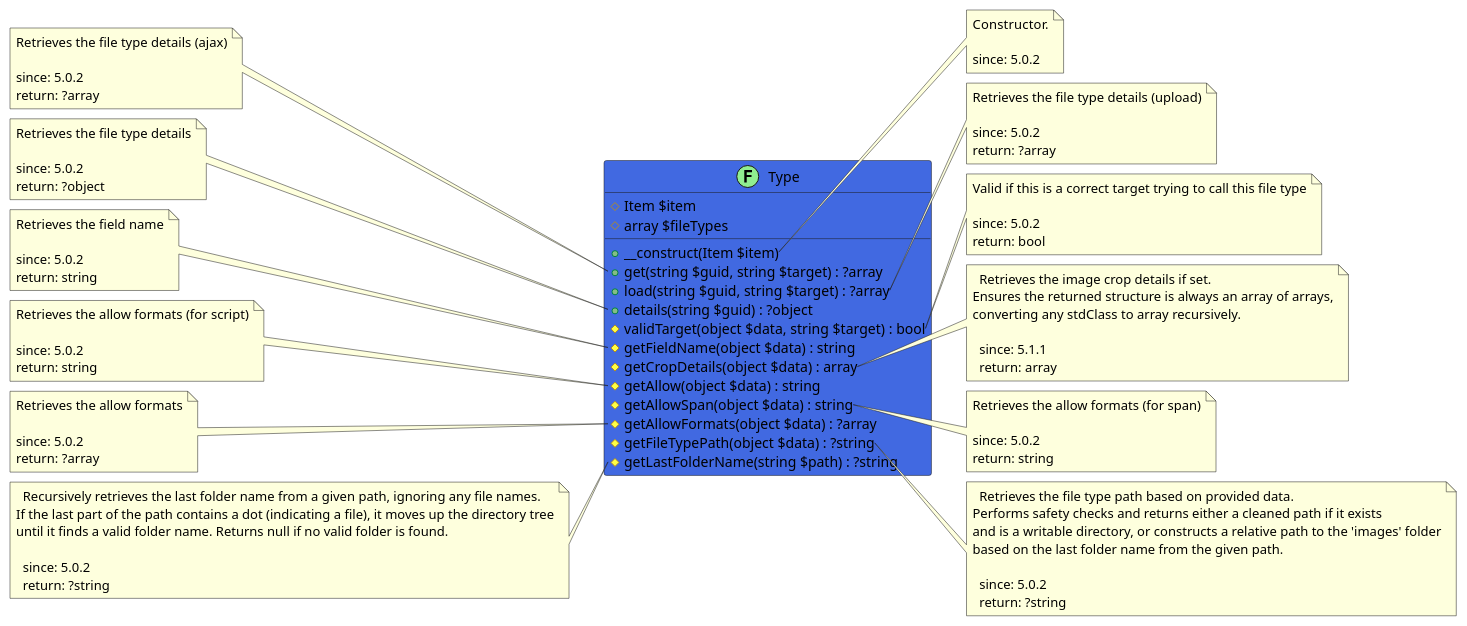
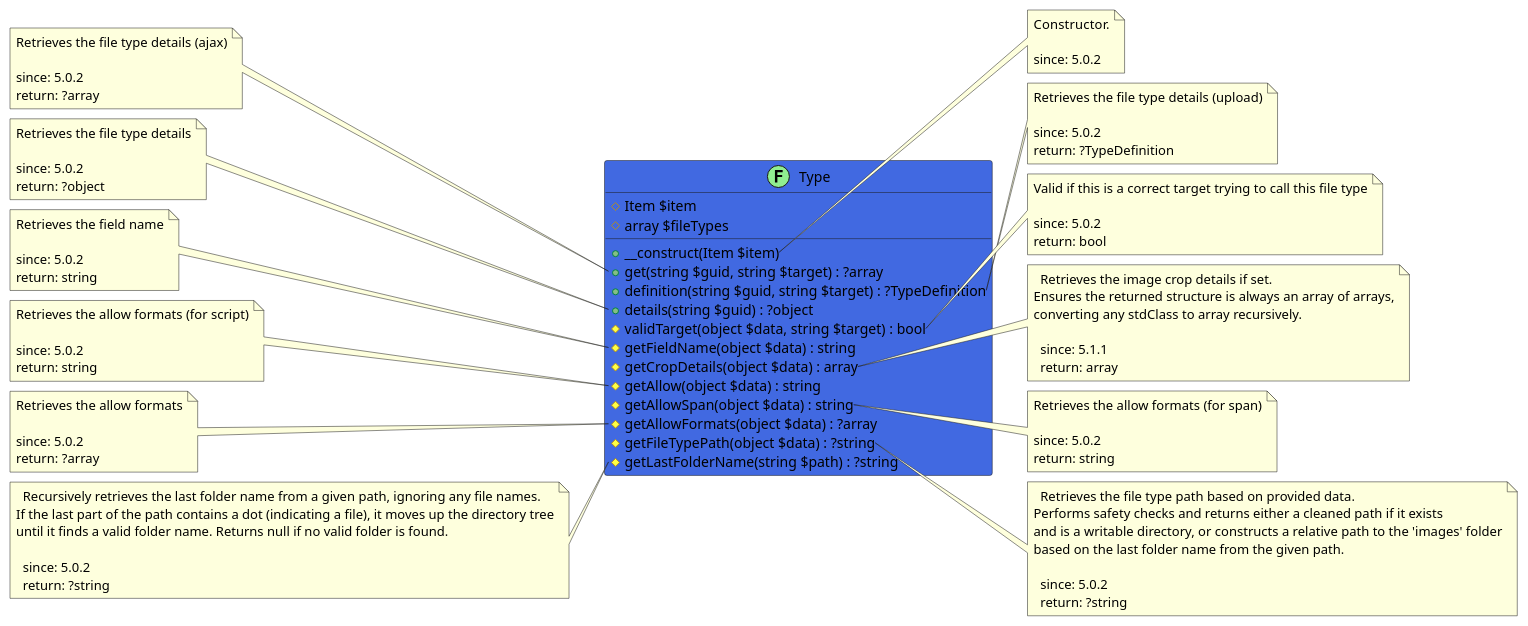
The diagram in src/12a2a8de-a893-4dbb-a53d-b52de4f6cb0e/README.md (joomengine/super-powers), drawn with PlantUML before and after one commit. The commit also changed 67 other files, not shown here.

```diff
--- a/src/12a2a8de-a893-4dbb-a53d-b52de4f6cb0e/README.md
+++ b/src/12a2a8de-a893-4dbb-a53d-b52de4f6cb0e/README.md
@@ -10,7 +10,7 @@
   # array $fileTypes
   + __construct(Item $item)
   + get(string $guid, string $target) : ?array
-  + load(string $guid, string $target) : ?array
+  + definition(string $guid, string $target) : ?TypeDefinition
   + details(string $guid) : ?object
   # validTarget(object $data, string $target) : bool
   # getFieldName(object $data) : string
@@ -35,11 +35,11 @@
   return: ?array
 end note
 
-note right of Type::load
+note right of Type::definition
   Retrieves the file type details (upload)
 
   since: 5.0.2
-  return: ?array
+  return: ?TypeDefinition
 end note
 
 note left of Type::details
```
